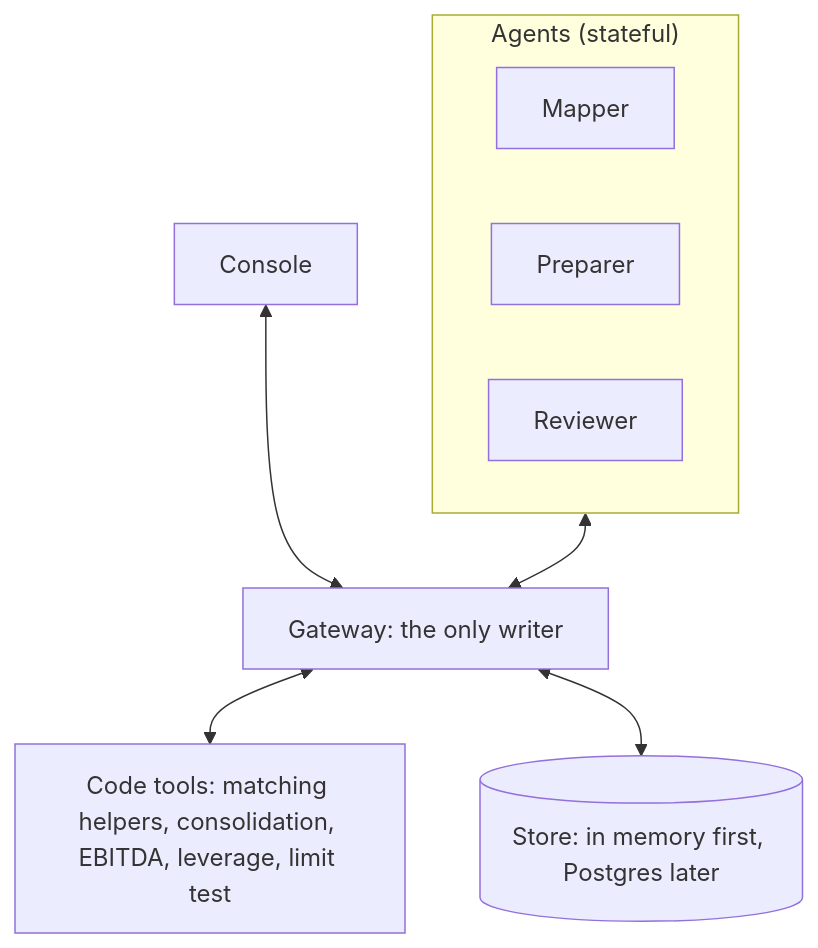
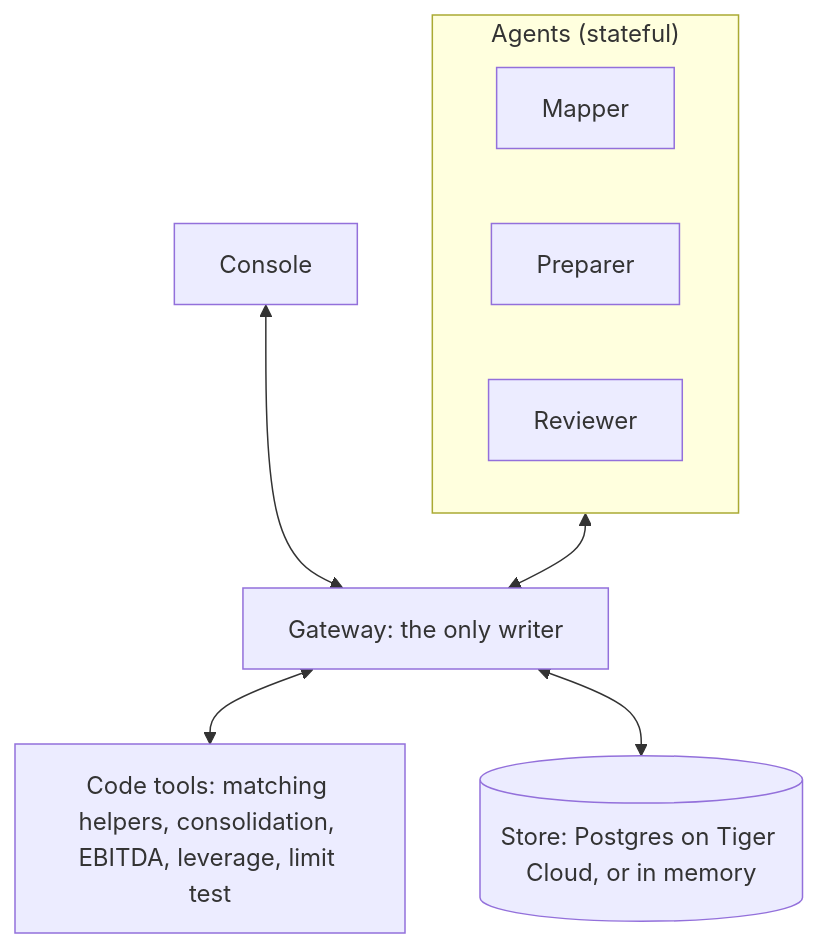
Before and after one commit to cayden-h/stochastic: the second of 2 diagrams in README.md, drawn with Mermaid. The commit also changed other lines of this file and 23 other files, not shown here.

````diff
--- a/README.md
+++ b/README.md
@@ -60,17 +60,17 @@
 ```mermaid
 flowchart TB
     CON["Console"]
     GW["Gateway: the only writer"]
     subgraph AG["Agents (stateful)"]
         MA["Mapper"]
         PR["Preparer"]
         RE["Reviewer"]
     end
     TL["Code tools: matching helpers, consolidation, EBITDA, leverage, limit test"]
-    ST[("Store: in memory first, Postgres later")]
+    ST[("Store: Postgres on Tiger Cloud, or in memory")]
 
     CON <--> GW
     AG <--> GW
     GW <--> TL
     GW <--> ST
 ```
````
